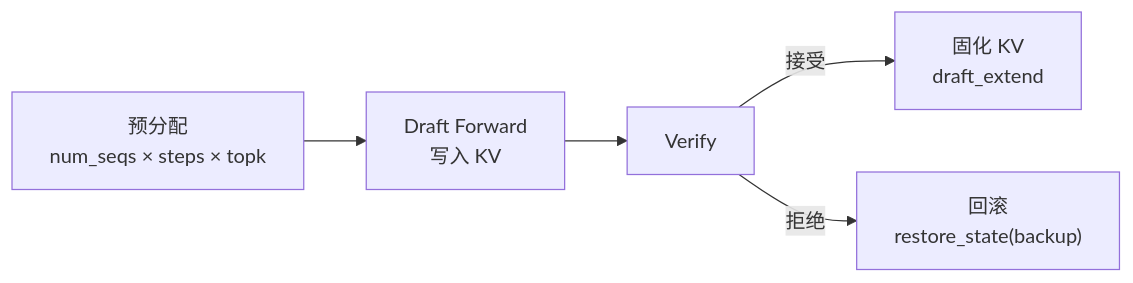
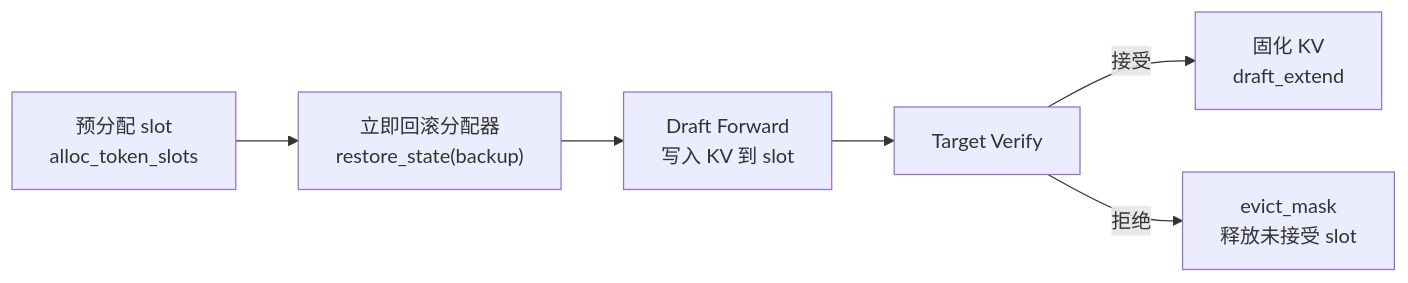
The fifth of 5 diagrams in SGLang/12-speculative-decoding.md (wesleyck/AIInfraNotes), drawn with Mermaid before and after one commit. The commit also changed other lines of this file and 26 other files, not shown here.

````diff
--- a/SGLang/12-speculative-decoding.md
+++ b/SGLang/12-speculative-decoding.md
@@ -815,7 +1022,8 @@
 ```mermaid
 flowchart LR
-    A["预分配<br/>num_seqs × steps × topk"] --> B["Draft Forward<br/>写入 KV"]
-    B --> C["Verify"]
-    C -->|"接受"| D["固化 KV<br/>draft_extend"]
-    C -->|"拒绝"| E["回滚<br/>restore_state(backup)"]
+    A["预分配 slot<br/>alloc_token_slots"] --> B["立即回滚分配器<br/>restore_state(backup)"]
+    B --> C["Draft Forward<br/>写入 KV 到 slot"]
+    C --> D["Target Verify"]
+    D -->|"接受"| E["固化 KV<br/>draft_extend"]
+    D -->|"拒绝"| F["evict_mask<br/>释放未接受 slot"]
 ```
````
